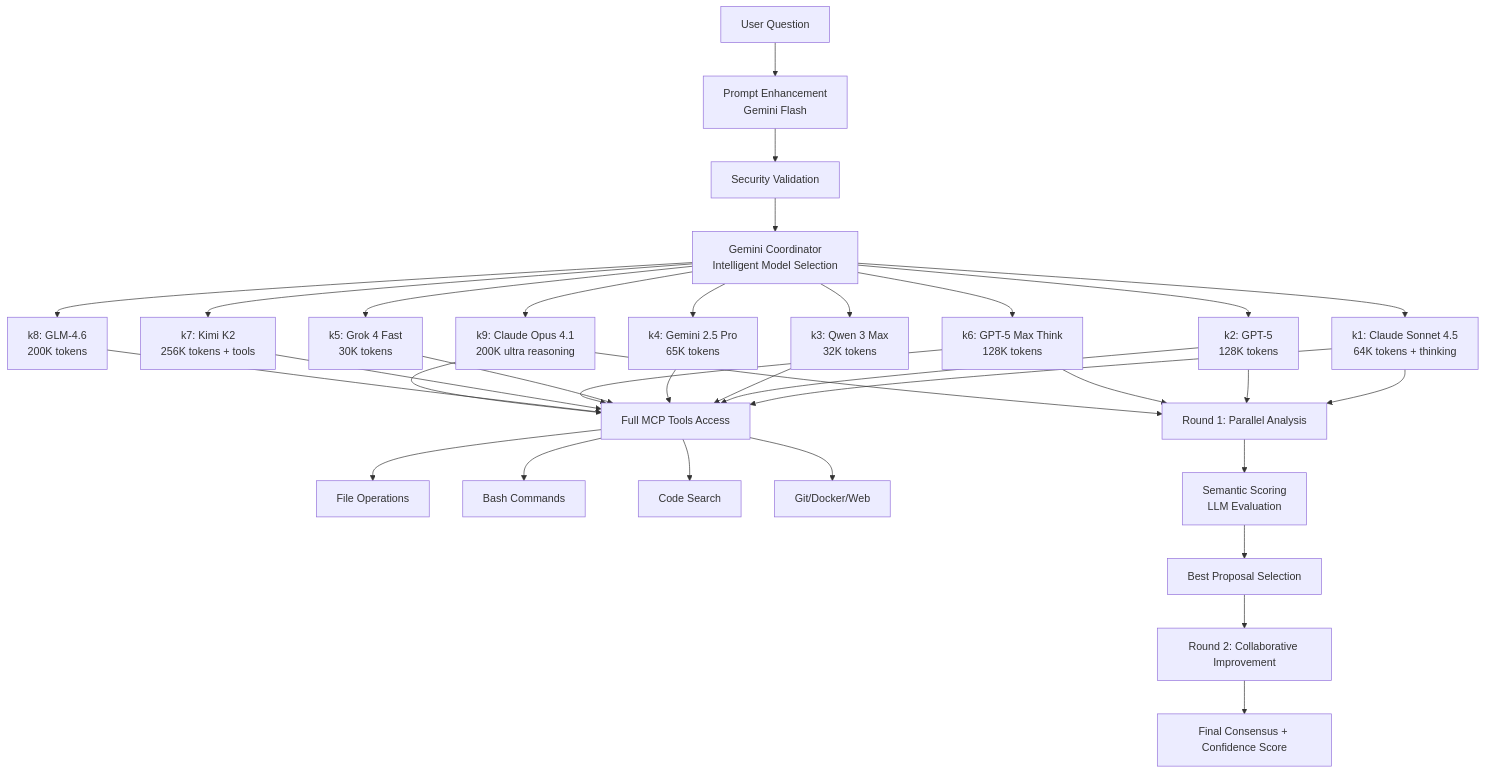
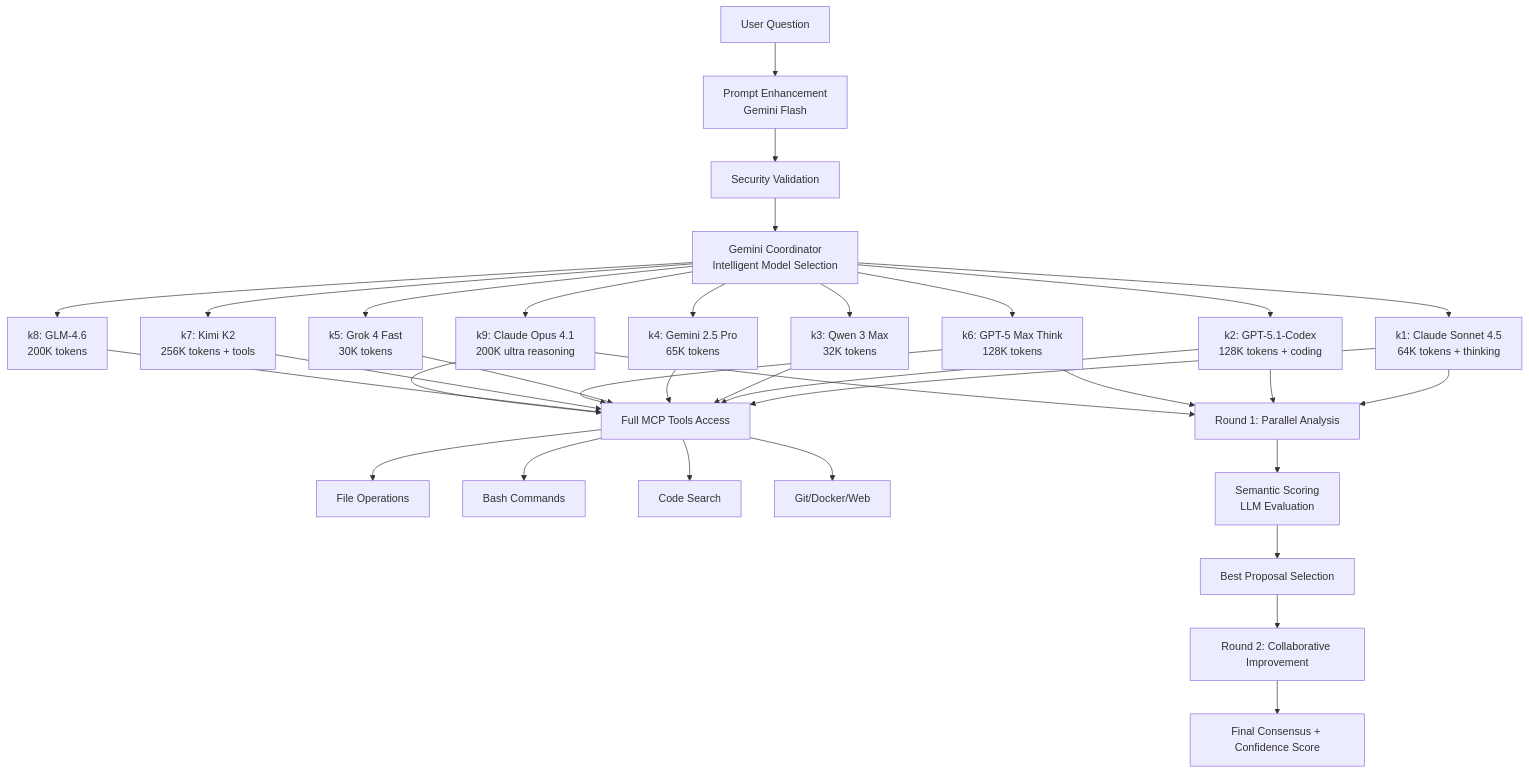
Before and after one commit to KostasNoreika/mcp-debate-consensus: the diagram in README.md, drawn with Mermaid. The commit also changed other lines of this file and 6 other files, not shown here.

First line of the commit message:
feat: Upgrade k2 model from GPT-5 to GPT-5.1-Codex

````diff
--- a/README.md
+++ b/README.md
@@ -174,40 +174,40 @@
 ```mermaid
 graph TD
     A[User Question] --> A1[Prompt Enhancement<br/>Gemini Flash]
     A1 --> B[Security Validation]
     B --> C[Gemini Coordinator<br/>Intelligent Model Selection]
     C --> D1[k1: Claude Sonnet 4.5<br/>64K tokens + thinking]
-    C --> D2[k2: GPT-5<br/>128K tokens]
+    C --> D2[k2: GPT-5.1-Codex<br/>128K tokens + coding]
     C --> D3[k3: Qwen 3 Max<br/>32K tokens]
     C --> D4[k4: Gemini 2.5 Pro<br/>65K tokens]
     C --> D5[k5: Grok 4 Fast<br/>30K tokens]
     C --> D6[k6: GPT-5 Max Think<br/>128K tokens]
     C --> D7[k7: Kimi K2<br/>256K tokens + tools]
     C --> D8[k8: GLM-4.6<br/>200K tokens]
     C --> D9[k9: Claude Opus 4.1<br/>200K ultra reasoning]
 
     D1 --> E[Full MCP Tools Access]
     D2 --> E
     D3 --> E
     D4 --> E
     D5 --> E
     D6 --> E
     D7 --> E
     D8 --> E
     D9 --> E
 
     E --> F[File Operations]
     E --> G[Bash Commands]
     E --> H[Code Search]
     E --> I[Git/Docker/Web]
 
     D1 --> J[Round 1: Parallel Analysis]
     D2 --> J
     D6 --> J
     D9 --> J
 
     J --> K[Semantic Scoring<br/>LLM Evaluation]
     K --> L[Best Proposal Selection]
     L --> M[Round 2: Collaborative Improvement]
     M --> N[Final Consensus + Confidence Score]
 ```
````
